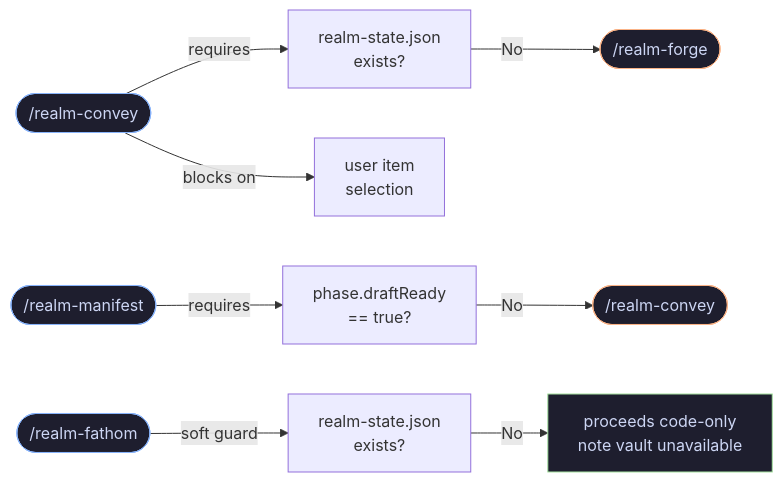
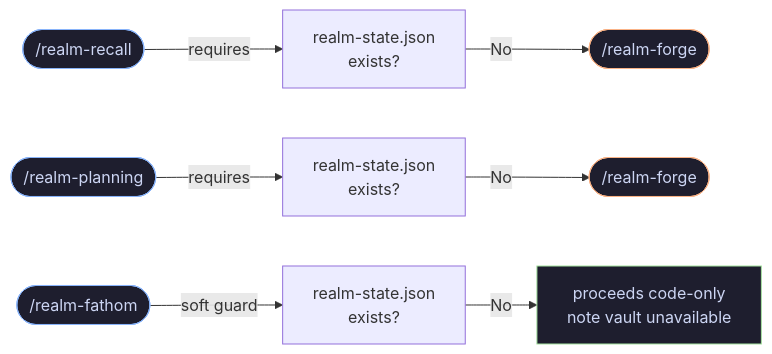
One commit to blackmo18/realm changed the eighth of 8 diagrams in VISUALS.md. Above: the diagram before and after it, drawn with Mermaid. The commit also changed other lines of this file and 99 other files, not shown here.

````diff
--- a/VISUALS.md
+++ b/VISUALS.md
@@ -209,16 +178,15 @@
 ```mermaid
 flowchart LR
-    CV(["/realm-convey"]):::cmd -->|requires| RS["realm-state.json\nexists?"]
+    REC(["/realm-recall"]):::cmd -->|requires| RS["realm-state.json\nexists?"]
     RS -->|No| RI(["/realm-forge"]):::warn
-    CV -->|blocks on| USR["user item\nselection"]
 
-    M(["/realm-manifest"]):::cmd -->|requires| DR["phase.draftReady\n== true?"]
-    DR -->|No| RC(["/realm-convey"]):::warn
+    PL(["/realm-planning"]):::cmd -->|requires| RS2["realm-state.json\nexists?"]
+    RS2 -->|No| RI2(["/realm-forge"]):::warn
 
     FT(["/realm-fathom"]):::cmd -->|soft guard| RS3["realm-state.json\nexists?"]
     RS3 -->|No| CO["proceeds code-only\nnote vault unavailable"]:::ok
 
     classDef cmd  fill:#1e1e2e,stroke:#89b4fa,color:#cdd6f4
     classDef warn fill:#1e1e2e,stroke:#fab387,color:#cdd6f4
     classDef ok   fill:#1e1e2e,stroke:#a6e3a1,color:#cdd6f4
 ```
````
